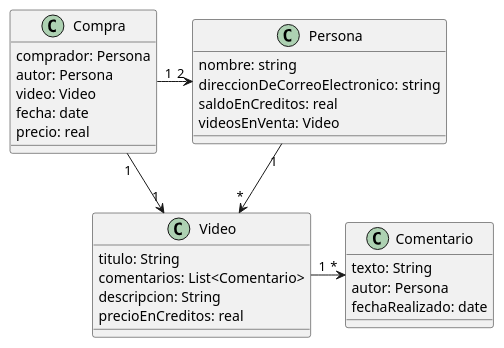
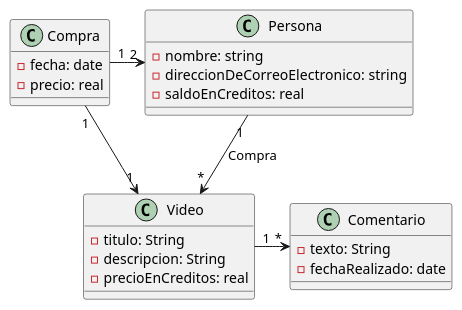
Before and after one commit to juanfranciscogramajo/Apuntes_Facultad: the second of 2 diagrams in OBJ1/Practica/Parte practica UML Ej 3,4,5.md, drawn with PlantUML. The commit also changed other lines of this file, not shown here.

Commit message:
vault backup: 2026-09-17 20:50:25

````diff
--- a/OBJ1/Practica/Parte practica UML Ej 3,4,5.md
+++ b/OBJ1/Practica/Parte practica UML Ej 3,4,5.md
@@ -75,36 +73,30 @@
 ```plantuml
 @startuml
 Class Persona {
-{field} nombre: string	
-{field} direccionDeCorreoElectronico: string
-{field} saldoEnCreditos: real
-{field} videosEnVenta: Video
+{field} - nombre: string	
+{field} - direccionDeCorreoElectronico: string
+{field} - saldoEnCreditos: real
 }
 
 Class Video {
-{field} titulo: String
-{field} comentarios: List<Comentario>
-{field} descripcion: String
-{field} precioEnCreditos: real
+{field} - titulo: String
+{field} - descripcion: String
+{field} - precioEnCreditos: real
 }
 
 Class Comentario { 
-{field} texto: String
-{field} autor: Persona
-{field} fechaRealizado: date
+{field} - texto: String
+{field} - fechaRealizado: date
 } 
 
 Class Compra { 
-{field} comprador: Persona
-{field} autor: Persona
-{field} video: Video
-{field} fecha: date
-{field} precio: real
+{field} - fecha: date
+{field} - precio: real
 }
-Persona "1" --> "*" Video
+Persona "1" --> "*" Video : "Compra"
 Video "1" -> "*" Comentario
 Compra "1" -> "1" Video
 Compra "1" -> "2" Persona
 
 @enduml
 ```
````
